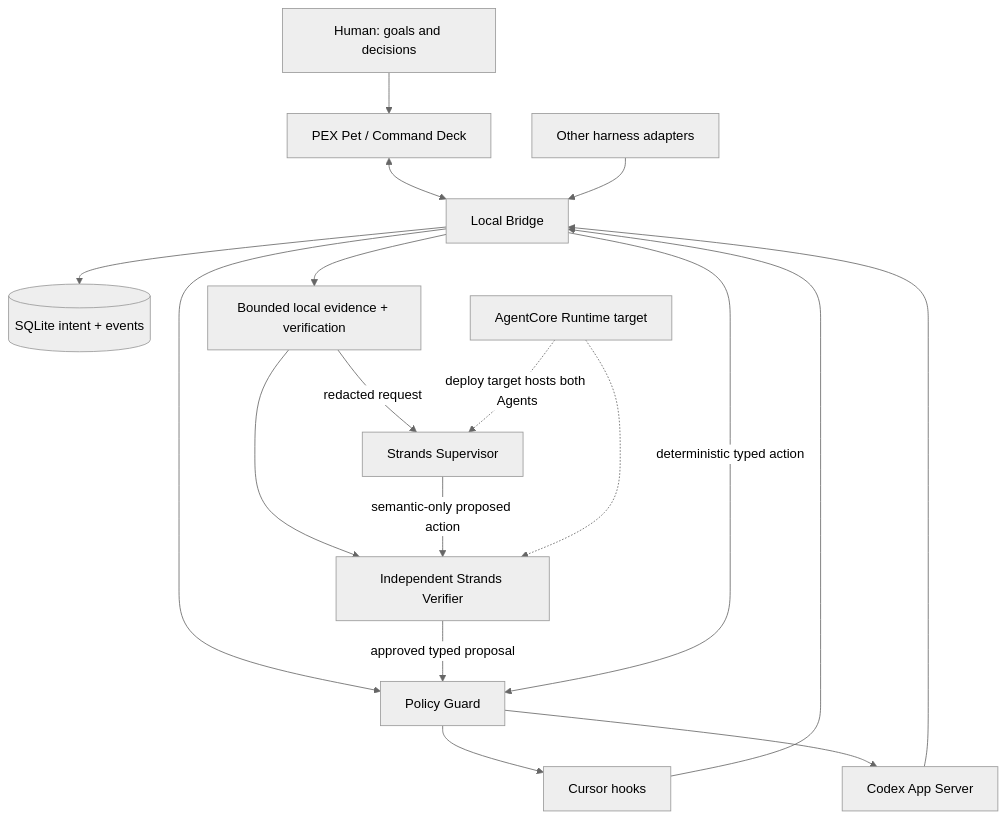
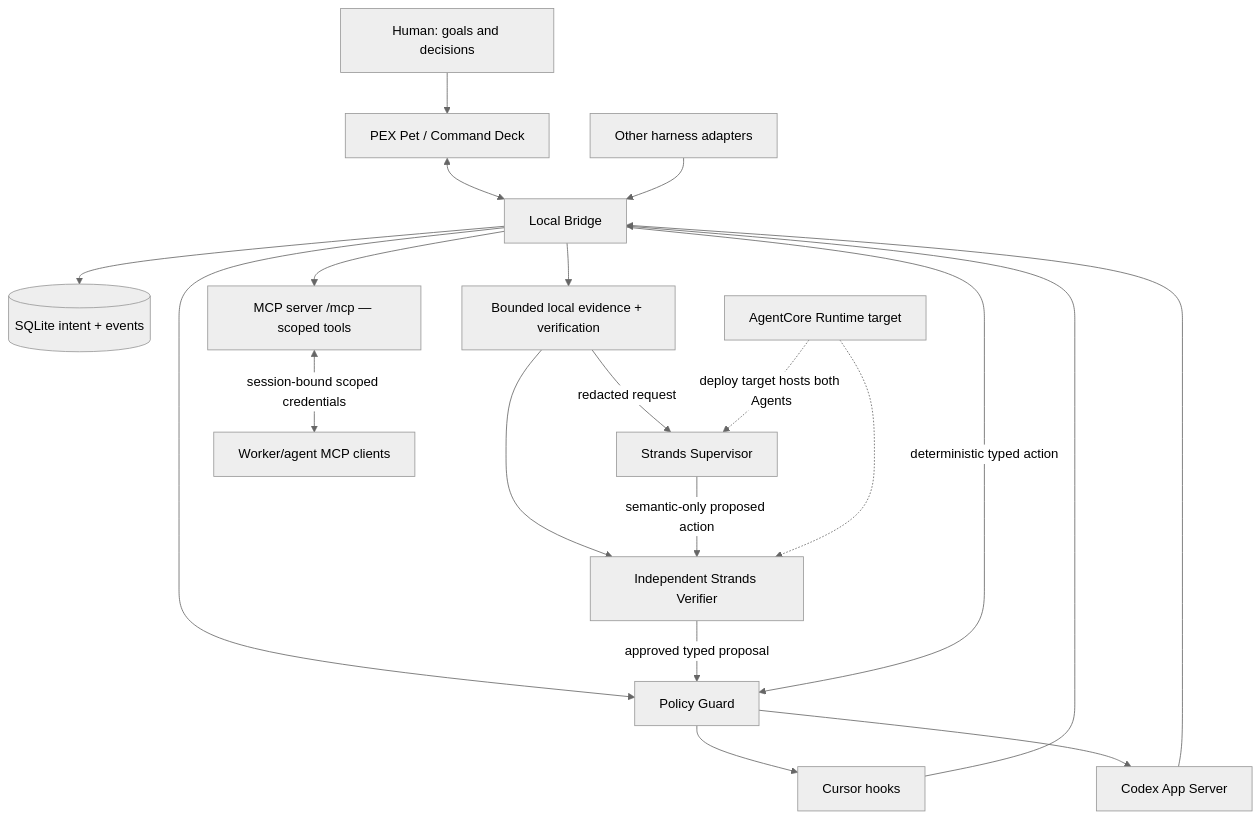
The diagram in docs/architecture/overview.md (josepha-mayo/pex), drawn with Mermaid (neutral theme) before and after one commit. The commit also changed other lines of this file, not shown here.

Commit message:
docs: MCP server node in the architecture overview + scope invariant
Generated with [Devin](https://devin.ai)

````diff
--- a/docs/architecture/overview.md
+++ b/docs/architecture/overview.md
@@ -5,33 +5,38 @@
 ```mermaid
 flowchart TB
   human[Human: goals and decisions]
   pet[PEX Pet / Command Deck]
   bridge[Local Bridge]
   policy[Policy Guard]
   store[(SQLite intent + events)]
   cursor[Cursor hooks]
   codex[Codex App Server]
   other[Other harness adapters]
   strands[Strands Supervisor]
   verifier[Independent Strands Verifier]
   evidence[Bounded local evidence + verification]
   runtime[AgentCore Runtime target]
 
   human --> pet
   pet <--> bridge
   cursor --> bridge
   codex --> bridge
   other --> bridge
   bridge --> store
   bridge --> policy
   policy --> cursor
   policy --> codex
   bridge --> evidence
   evidence -->|redacted request| strands
   evidence --> verifier
   strands -->|semantic-only proposed action| verifier
   verifier -->|approved typed proposal| policy
   bridge -->|deterministic typed action| policy
   runtime -.->|deploy target hosts both Agents| strands
   runtime -.-> verifier
+
+  mcpserver[MCP server /mcp — scoped tools]
+  bridge --> mcpserver
+  worker2[Worker/agent MCP clients]
+  mcpserver <-->|session-bound scoped credentials| worker2
 ```
````
